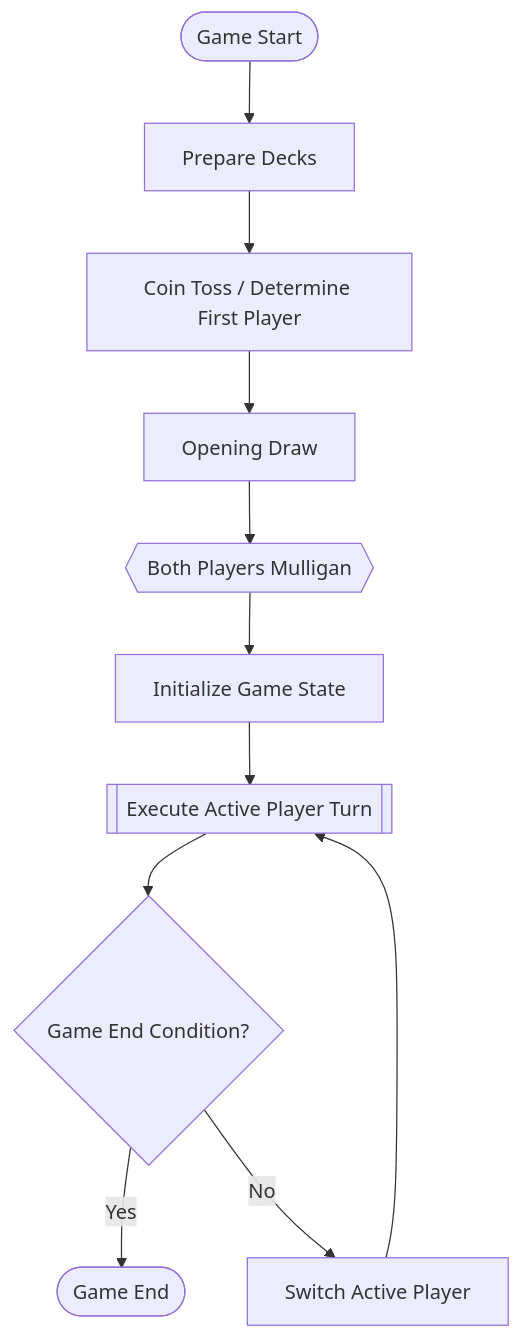
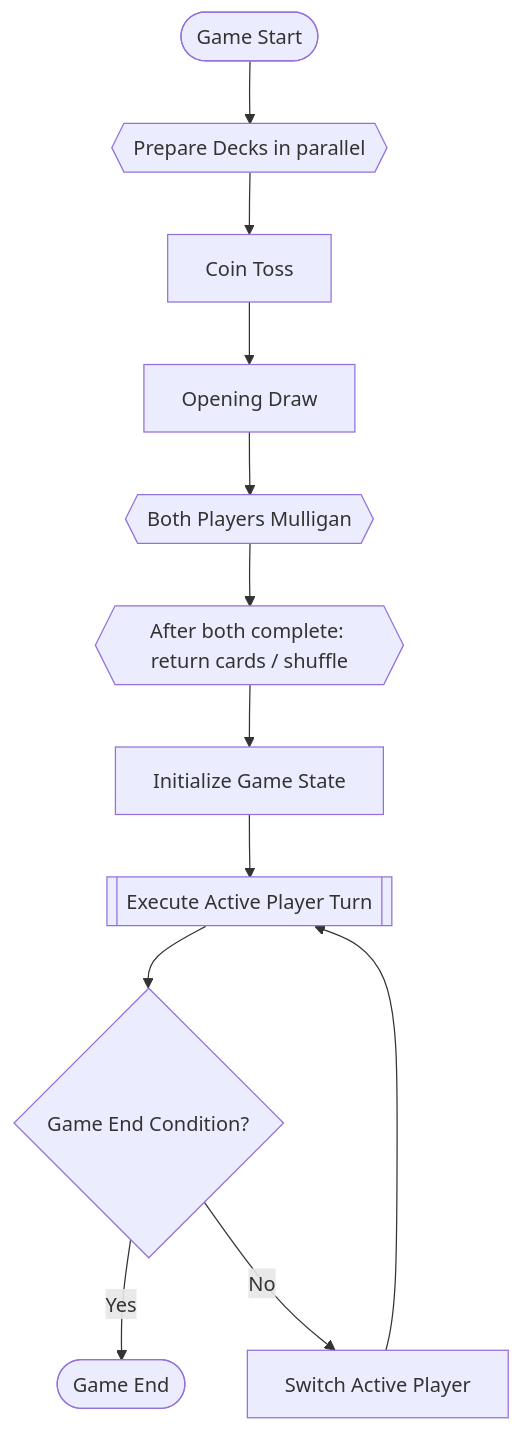
Before and after one commit to kjun1/card-game: the diagram in docs/process/game-flow.md, drawn with Mermaid. The commit also changed other lines of this file and 9 other files, not shown here.

```diff
--- a/docs/process/game-flow.md
+++ b/docs/process/game-flow.md
@@ -30,13 +33,14 @@
 ~~~mermaid
 flowchart TD
-    S([Game Start]) --> D[Prepare Decks]
-    D --> F[Coin Toss / Determine First Player]
+    S([Game Start]) --> P{{Prepare Decks in parallel}}
+    P --> F[Coin Toss]
     F --> O[Opening Draw]
     O --> M{{Both Players Mulligan}}
-    M --> I[Initialize Game State]
+    M --> R{{After both complete: return cards / shuffle}}
+    R --> I[Initialize Game State]
     I --> T[[Execute Active Player Turn]]
     T --> E{Game End Condition?}
     E -- Yes --> X([Game End])
     E -- No --> W[Switch Active Player]
     W --> T
 ~~~
```
